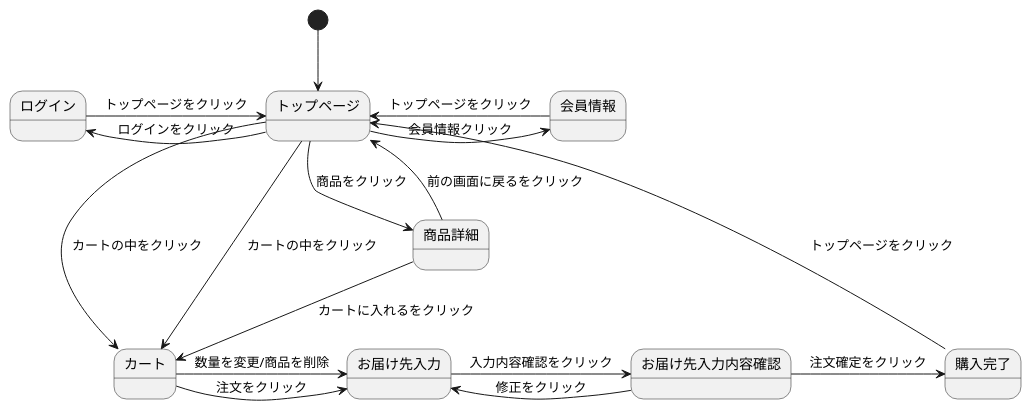
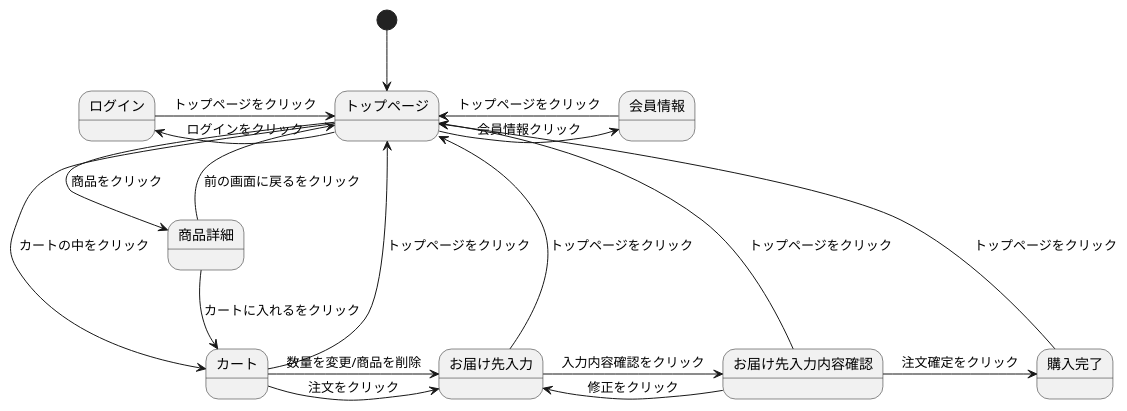
The diagram in test.md (Aso2001413/2021sys-design), drawn with PlantUML before and after one commit.

````diff
--- a/test.md
+++ b/test.md
@@ -1,21 +1,23 @@
 ```uml
 @startuml
 [*] --> トップページ
 トップページ -> 会員情報 : 会員情報クリック
 トップページ -left-> ログイン : ログインをクリック
 トップページ --> 商品詳細 : 商品をクリック
 トップページ --> カート : カートの中をクリック
 ログイン -> トップページ : トップページをクリック
 商品詳細 --> カート : カートに入れるをクリック
 商品詳細 --> トップページ : 前の画面に戻るをクリック
 会員情報 -> トップページ : トップページをクリック
-トップページ --> カート : カートの中をクリック
+カート -> トップページ : トップページをクリック
 カート -> お届け先入力 : 注文をクリック
 カート -> お届け先入力 : 数量を変更/商品を削除
+お届け先入力 -> トップページ : トップページをクリック
 お届け先入力 -> お届け先入力内容確認 : 入力内容確認をクリック
+お届け先入力内容確認 -> トップページ : トップページをクリック
 お届け先入力内容確認 -> お届け先入力 : 修正をクリック
 お届け先入力内容確認 -> 購入完了 : 注文確定をクリック
 購入完了 -> トップページ : トップページをクリック
 @enduml
 
 ```
````
